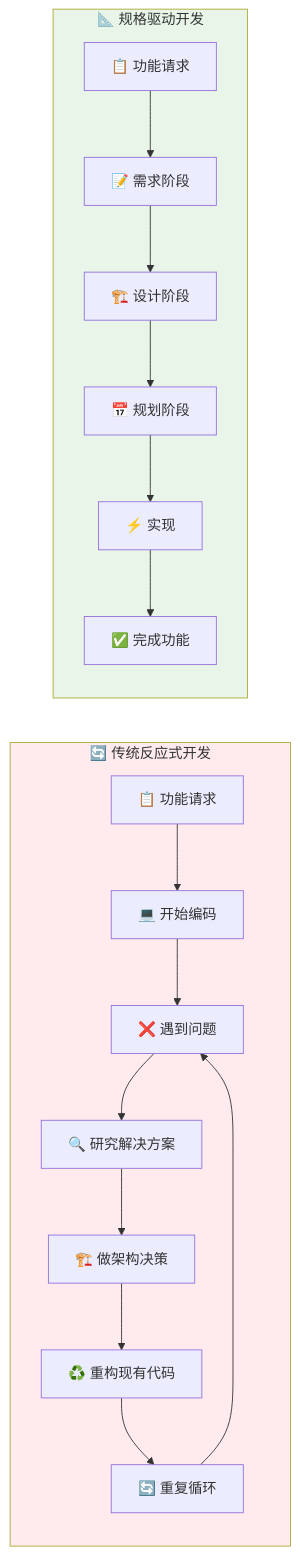
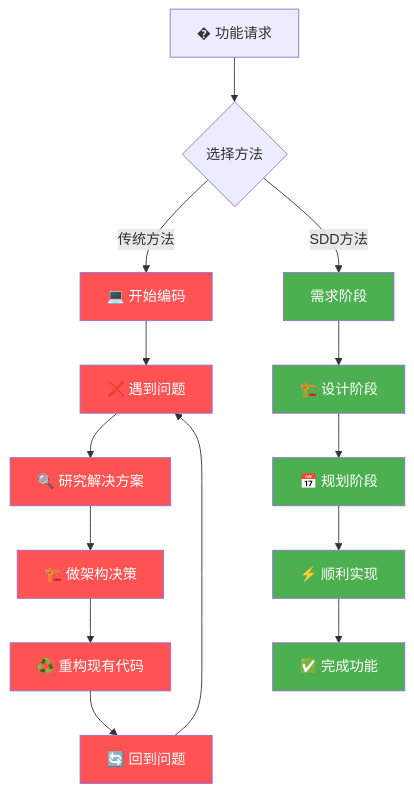
One commit to tikazyq/marvinzhang.dev changed the third of 3 diagrams in i18n/zh/docusaurus-plugin-content-blog/2025-09-16-spec-driven-development.mdx. Above: the diagram before and after it, drawn with Mermaid. The commit also changed other lines of this file and 3 other files, not shown here.

Commit message:
refactor: update Mermaid diagram extraction regex for improved accuracy and enhance WeChat processing script with admonition conversion and footer addition

````diff
--- a/i18n/zh/docusaurus-plugin-content-blog/2025-09-16-spec-driven-development.mdx
+++ b/i18n/zh/docusaurus-plugin-content-blog/2025-09-16-spec-driven-development.mdx
@@ -190,23 +190,31 @@
 ```mermaid
-flowchart LR
-    subgraph Traditional ["🔄 传统反应式开发"]
-        T1["📋 功能请求"] --> T2["💻 开始编码"]
-        T2 --> T3["❌ 遇到问题"]
-        T3 --> T4["🔍 研究解决方案"]
-        T4 --> T5["🏗️ 做架构决策"]
-        T5 --> T6["♻️ 重构现有代码"]
-        T6 --> T7["🔄 重复循环"]
-        T7 --> T3
-    end
-
-    subgraph SDD ["📐 规格驱动开发"]
-        S1["📋 功能请求"] --> S2["📝 需求阶段"]
-        S2 --> S3["🏗️ 设计阶段"]
-        S3 --> S4["📅 规划阶段"]
-        S4 --> S5["⚡ 实现"]
-        S5 --> S6["✅ 完成功能"]
-    end
-
-    style Traditional fill:#ffebee
-    style SDD fill:#e8f5e8
+flowchart TD
+    A["� 功能请求"] --> B{"选择方法"}
+    
+    B -->|传统方法| C["💻 开始编码"]
+    C --> D["❌ 遇到问题"]
+    D --> E["🔍 研究解决方案"]
+    E --> F["🏗️ 做架构决策"]
+    F --> G["♻️ 重构现有代码"]
+    G --> H["🔄 回到问题"]
+    H --> D
+    
+    B -->|SDD方法| I[" 需求阶段"]
+    I --> J["🏗️ 设计阶段"]
+    J --> K["📅 规划阶段"]
+    K --> L["⚡ 顺利实现"]
+    L --> M["✅ 完成功能"]
+    
+    style C fill:#ff5252,color:#fff
+    style D fill:#ff5252,color:#fff
+    style E fill:#ff5252,color:#fff
+    style F fill:#ff5252,color:#fff
+    style G fill:#ff5252,color:#fff
+    style H fill:#ff5252,color:#fff
+    
+    style I fill:#4caf50,color:#fff
+    style J fill:#4caf50,color:#fff
+    style K fill:#4caf50,color:#fff
+    style L fill:#4caf50,color:#fff
+    style M fill:#4caf50,color:#fff
 ```
````
